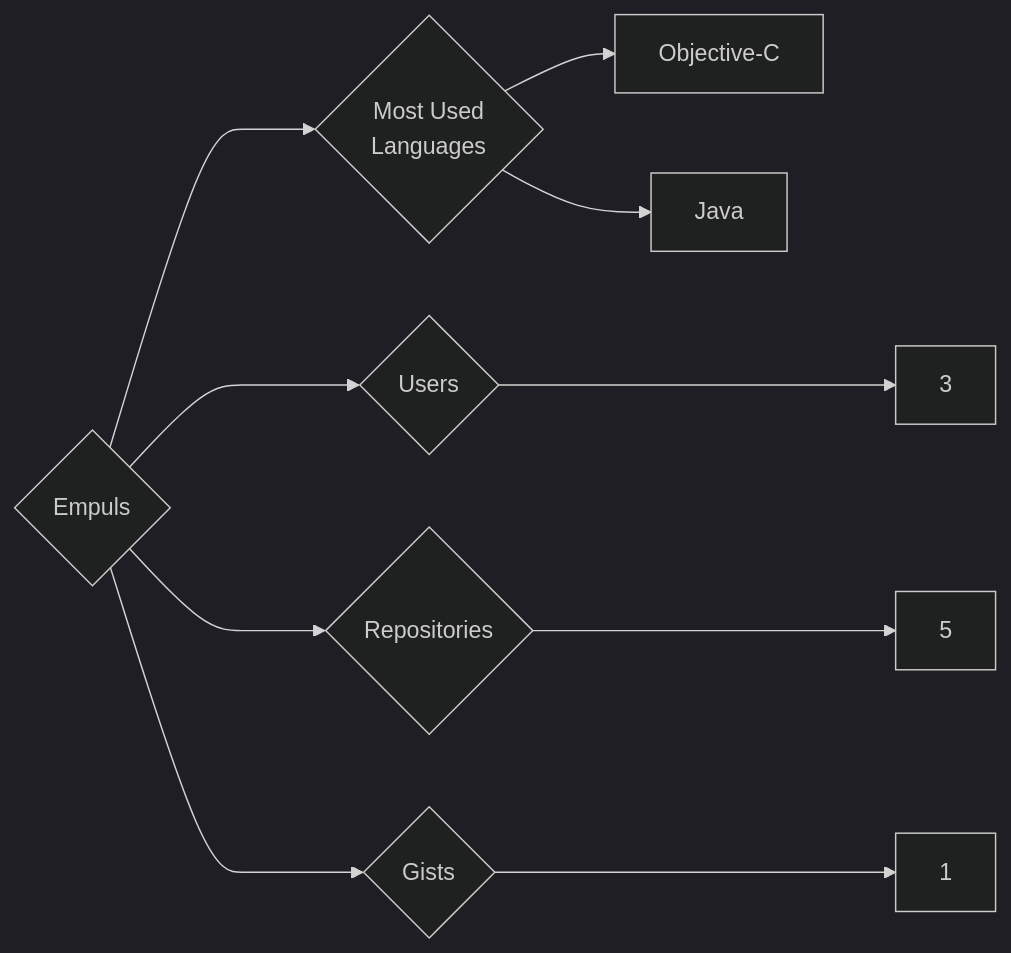
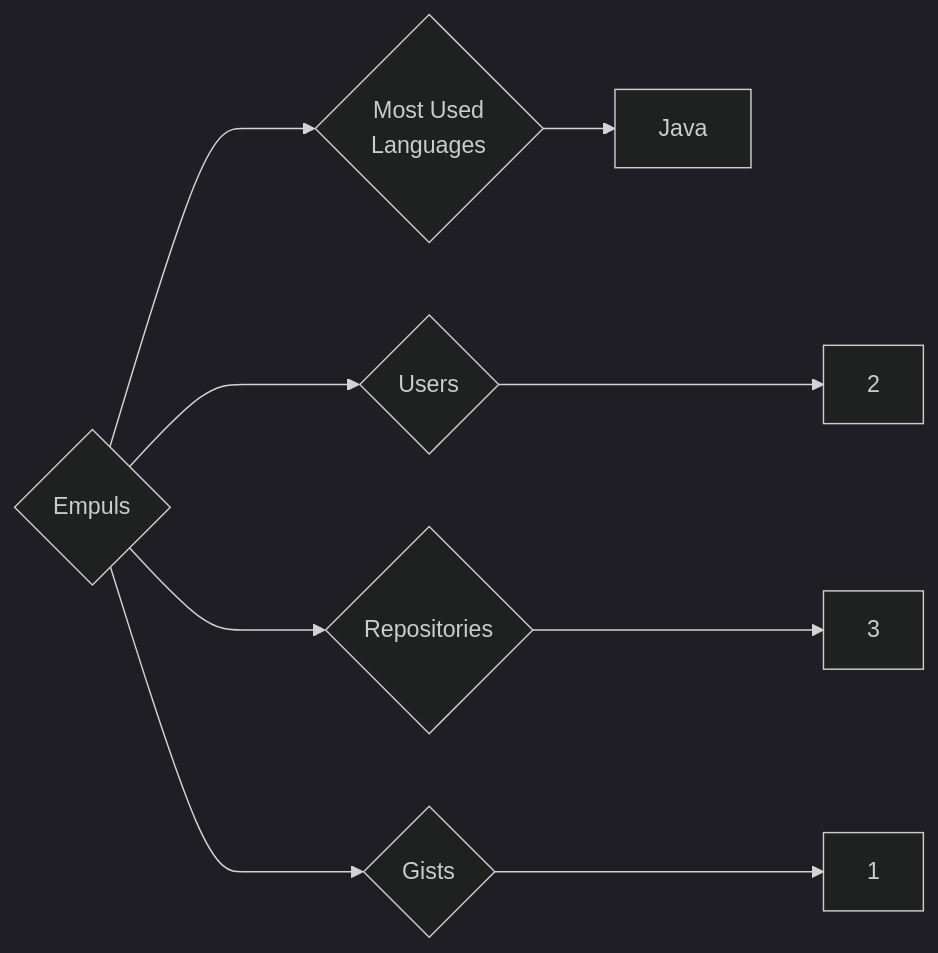
One commit to trickest/insiders changed the diagram in targets/Empuls/README.md. Above: the diagram before and after it, drawn with Mermaid (dark theme). The commit also changed 815 other files, not shown here.

````diff
--- a/targets/Empuls/README.md
+++ b/targets/Empuls/README.md
@@ -3,10 +3,9 @@
 ```mermaid
 graph LR
 COMPANY_NAME{Empuls}
-COMPANY_NAME ---> U{Users} ---> UN[3]
-COMPANY_NAME ---> R{Repositories} ---> RN[5]
+COMPANY_NAME ---> U{Users} ---> UN[2]
+COMPANY_NAME ---> R{Repositories} ---> RN[3]
 COMPANY_NAME ---> G{Gists} ---> GN[1]
 COMPANY_NAME ---> ML{Most Used<br>Languages}
-ML --> Objective-C[Objective-C]
 ML --> Java[Java]
 ```
````
